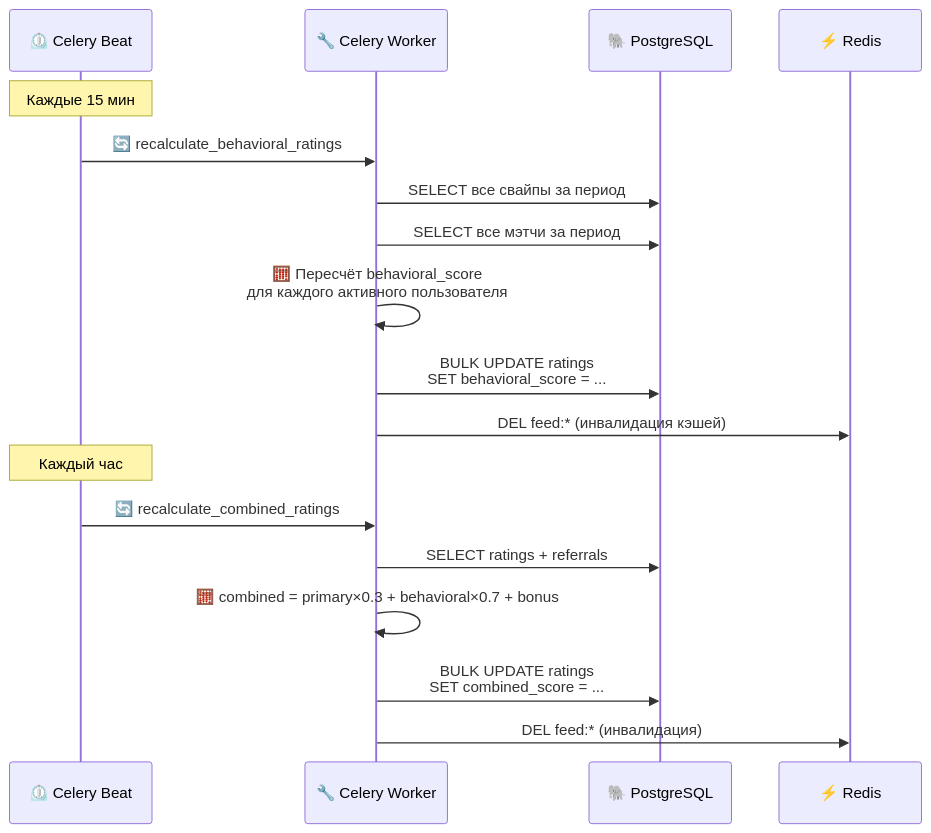
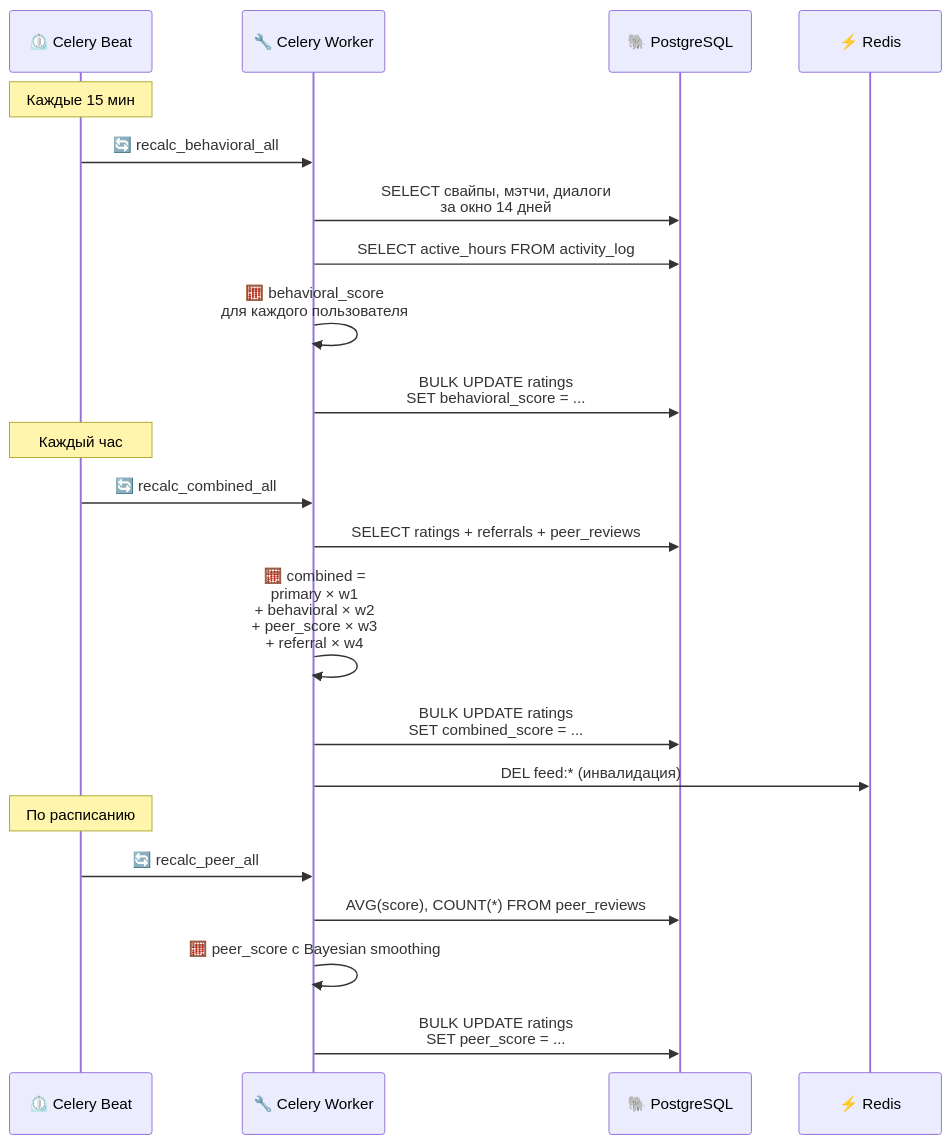
The seventh of 7 diagrams in docs/architecture.md (UsachovaUlyana/ulsu), drawn with Mermaid before and after one commit. The commit also changed other lines of this file and 184 other files, not shown here.

````diff
--- a/docs/architecture.md
+++ b/docs/architecture.md
@@ -215,24 +302,30 @@
 ```mermaid
 sequenceDiagram
     participant Beat as ⏲️ Celery Beat
     participant Worker as 🔧 Celery Worker
     participant PG as 🐘 PostgreSQL
     participant Cache as ⚡ Redis
 
     Note over Beat: Каждые 15 мин
 
-    Beat->>Worker: 🔄 recalculate_behavioral_ratings
-    Worker->>PG: SELECT все свайпы за период
-    Worker->>PG: SELECT все мэтчи за период
-    Worker->>Worker: 🧮 Пересчёт behavioral_score<br/>для каждого активного пользователя
+    Beat->>Worker: 🔄 recalc_behavioral_all
+    Worker->>PG: SELECT свайпы, мэтчи, диалоги<br/>за окно 14 дней
+    Worker->>PG: SELECT active_hours FROM activity_log
+    Worker->>Worker: 🧮 behavioral_score<br/>для каждого пользователя
     Worker->>PG: BULK UPDATE ratings<br/>SET behavioral_score = ...
-    Worker->>Cache: DEL feed:* (инвалидация кэшей)
 
     Note over Beat: Каждый час
 
-    Beat->>Worker: 🔄 recalculate_combined_ratings
-    Worker->>PG: SELECT ratings + referrals
-    Worker->>Worker: 🧮 combined = primary×0.3 + behavioral×0.7 + bonus
+    Beat->>Worker: 🔄 recalc_combined_all
+    Worker->>PG: SELECT ratings + referrals + peer_reviews
+    Worker->>Worker: 🧮 combined =<br/>primary × w1<br/>+ behavioral × w2<br/>+ peer_score × w3<br/>+ referral × w4
     Worker->>PG: BULK UPDATE ratings<br/>SET combined_score = ...
     Worker->>Cache: DEL feed:* (инвалидация)
+
+    Note over Beat: По расписанию
+
+    Beat->>Worker: 🔄 recalc_peer_all
+    Worker->>PG: AVG(score), COUNT(*) FROM peer_reviews
+    Worker->>Worker: 🧮 peer_score с Bayesian smoothing
+    Worker->>PG: BULK UPDATE ratings<br/>SET peer_score = ...
 ```
````
